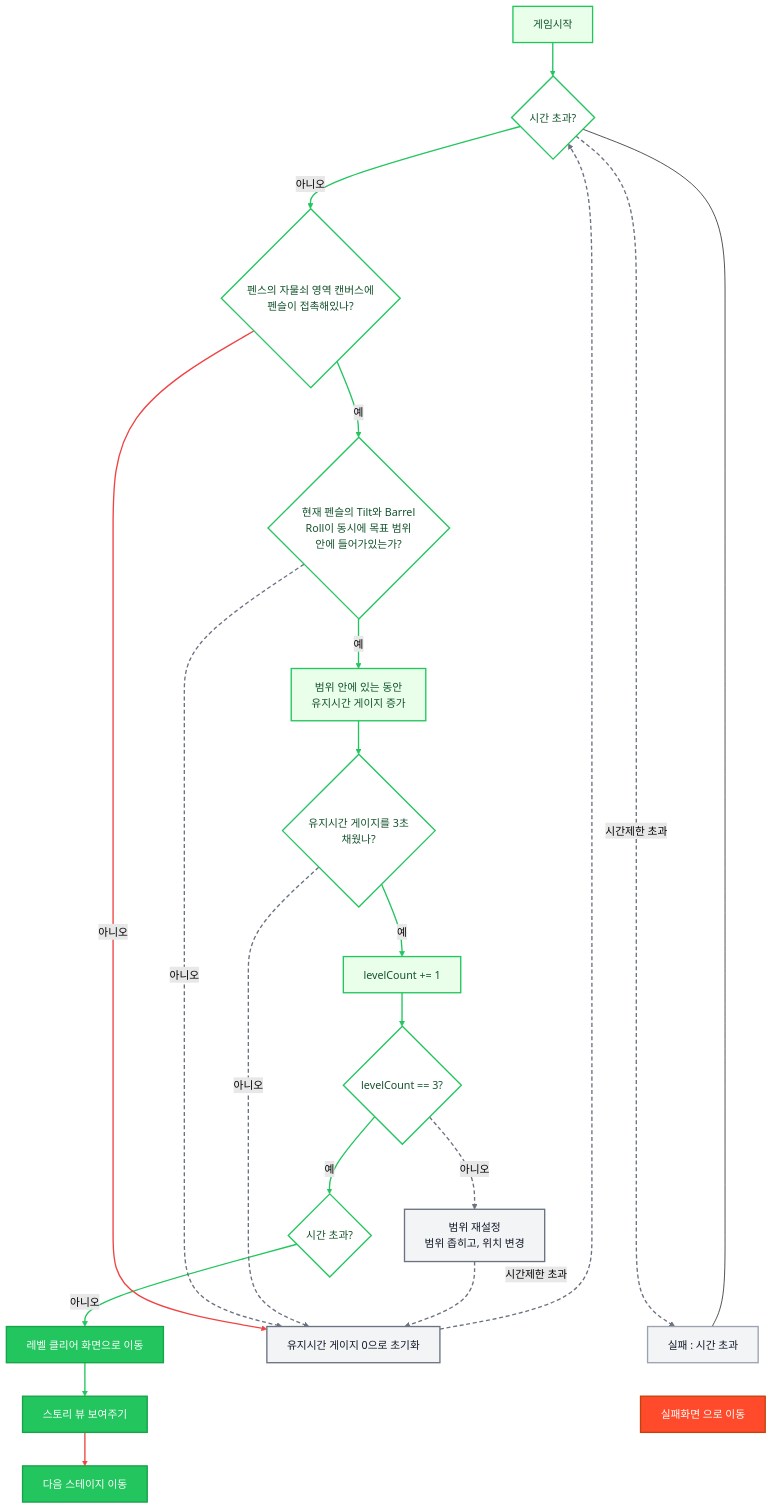
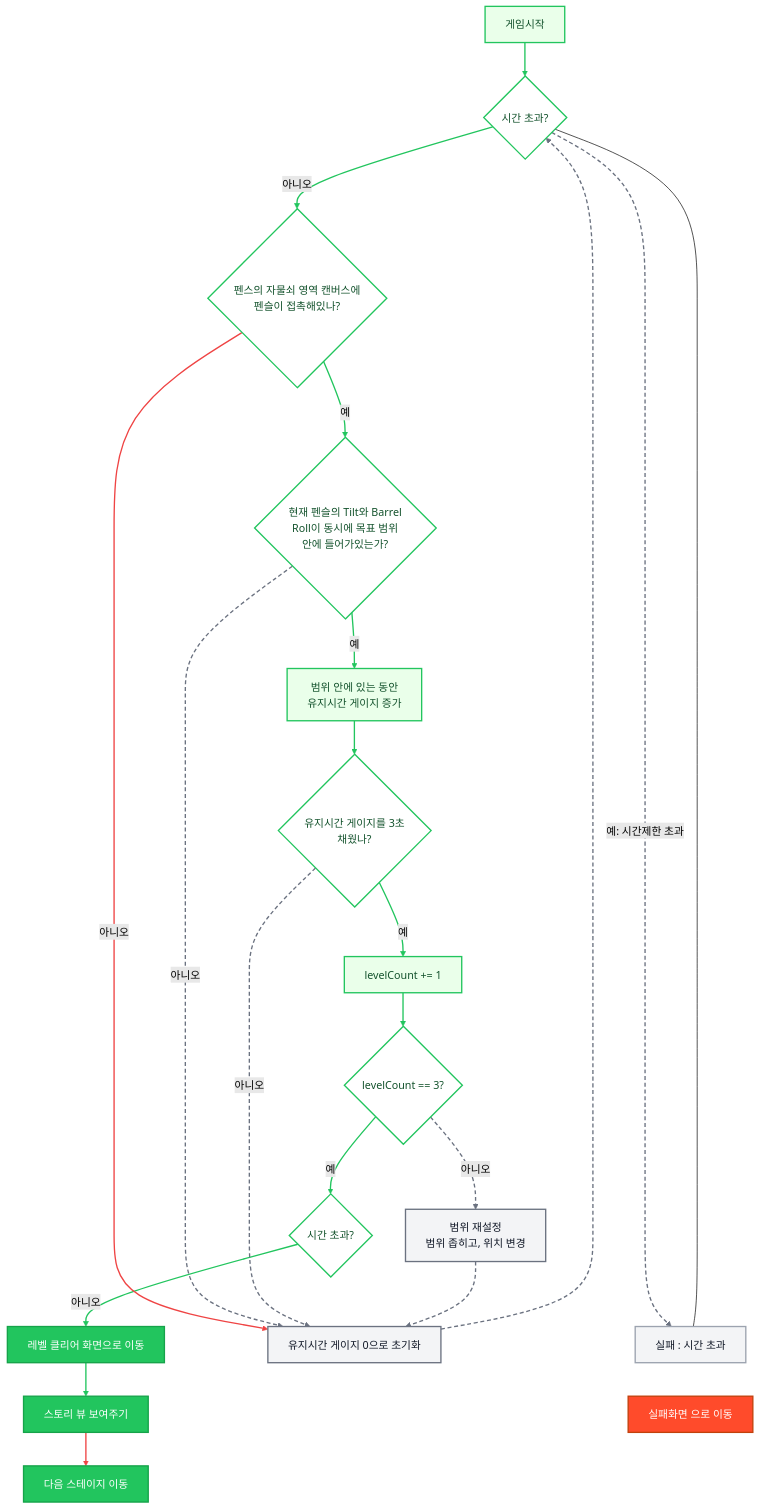
Before and after one commit to DeveloperAcademy-POSTECH/2026-C3-M5-PPAP: the first of 2 diagrams in docs/design/stage2_lock.md, drawn with Mermaid (forest theme).

````diff
--- a/docs/design/stage2_lock.md
+++ b/docs/design/stage2_lock.md
@@ -107,51 +107,51 @@
 ```mermaid
 flowchart TB
 
   A[게임시작] --> B{시간 초과?}
   B -->|아니오| C{펜스의 자물쇠 영역 캔버스에<br/>펜슬이 접촉해있나?}
   C -->|예| D{현재 펜슬의 Tilt와 Barrel<br/>Roll이 동시에 목표 범위<br/>안에 들어가있는가?}
   D -->|예| E[범위 안에 있는 동안<br/>유지시간 게이지 증가]
   E --> H{유지시간 게이지를 3초<br/>채웠나?}
   H -->|예| I[levelCount += 1]
   I --> J{levelCount == 3?}
   J -->|예| K{시간 초과?}
   K -->|아니오| L[레벨 클리어 화면으로 이동]
   L --> M[스토리 뷰 보여주기]
   M --> N[다음 스테이지 이동]
 
 
   C -->|아니오| R[유지시간 게이지 0으로 초기화]
   D -->|아니오| R
   H -->|아니오| R
   J -->|아니오| P[범위 재설정<br/>범위 좁히고, 위치 변경]
   P --> R
   R --> B
 
-  B -->|시간제한 초과| F[실패 : 시간 초과]
-  K -->|시간제한 초과| F
+  B -->|예: 시간제한 초과| F[실패 : 시간 초과]
+  K --> F
   F --> G[실패화면 으로 이동]
 
 
   B --- R
   B --- F
 
 
   linkStyle 0,1,2,3,4,5,6,7,8,9 stroke:#22c55e,stroke-width:2px
   linkStyle 10,11 stroke:#ef4444,stroke-width:2px
   linkStyle 12,13,14,15,16,17 stroke:#6b7280,stroke-width:2px,stroke-dasharray:6 4
   linkStyle 18,19,20 stroke:transparent
 
   classDef main fill:#eaffea,stroke:#22c55e,color:#14532d,stroke-width:2px
   classDef decision fill:#ffffff,stroke:#22c55e,color:#14532d,stroke-width:2px
   classDef loop fill:#f3f4f6,stroke:#6b7280,color:#111827,stroke-width:2px
   classDef fail fill:#f3f4f6,stroke:#9ca3af,color:#111827,stroke-width:2px
   classDef failGo fill:#ff4b2b,stroke:#c2410c,color:#ffffff,stroke-width:2px
   classDef clear fill:#22c55e,stroke:#16a34a,color:#ffffff,stroke-width:2px
 
   class A,E,I main
   class B,C,D,H,J,K decision
   class R,P loop
   class F fail
   class G failGo
   class L,M,N clear
 ```
````
